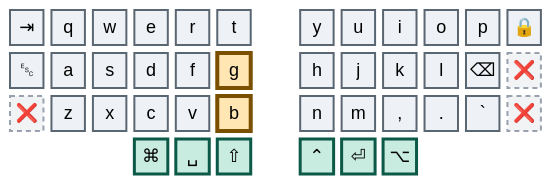
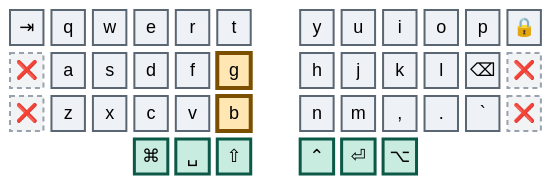
The second of 41 diagrams in combos.md (abloch/zmk-corne), drawn with Mermaid before and after one commit. The commit also changed other lines of this file and 5 other files, not shown here.

````diff
--- a/combos.md
+++ b/combos.md
@@ -51,21 +51,21 @@
 ```mermaid
 %%{init: {'theme':'base','themeVariables':{'primaryColor':'#eef1f5','primaryTextColor':'#0b0f14','primaryBorderColor':'#5b6673','nodeTextColor':'#0b0f14','textColor':'#0b0f14','mainBkg':'#eef1f5','fontSize':'18px'}}}%%
 block
 columns 13
 
   tab["⇥"] q w e r t space y u i o p lock["🔒"]
-  esc["␛"] a s d f g space h j k l bspc["⌫"] x1["❌"]
+  x4["❌"] a s d f g space h j k l bspc["⌫"] x1["❌"]
   x2["❌"] z x c v b space n m cma[","] dot["."] grv[" `"] x3["❌"]
   space:3 cmd["⌘"] spc["␣"] sft["⇧"] space ctl["⌃"] ent["⏎"] alt["⌥"] space:3
 
   classDef anchor fill:#bfe6f0,stroke:#0a4f63,stroke-width:4px,color:#04222b
   classDef trig fill:#ffe6b3,stroke:#7a5000,stroke-width:4px,color:#2e1e00
   classDef core fill:#eef1f5,stroke:#5b6673,stroke-width:2px,color:#0b0f14
   classDef thumb fill:#c8ece0,stroke:#0b5946,stroke-width:3px,color:#06241c
   classDef dead fill:#f2f3f5,stroke:#98a2ae,stroke-width:2px,stroke-dasharray:5 4,color:#5b6673
 
   class g,b trig
-  class tab,q,w,e,r,t,y,u,i,o,p,lock,esc,a,s,d,f,h,j,k,l,bspc,z,x,c,v,n,m,cma,dot,grv core
+  class tab,q,w,e,r,t,y,u,i,o,p,lock,a,s,d,f,h,j,k,l,bspc,z,x,c,v,n,m,cma,dot,grv core
   class cmd,spc,sft,ctl,ent,alt thumb
-  class x1,x2,x3 dead
+  class x1,x2,x3,x4 dead
 ```
````
